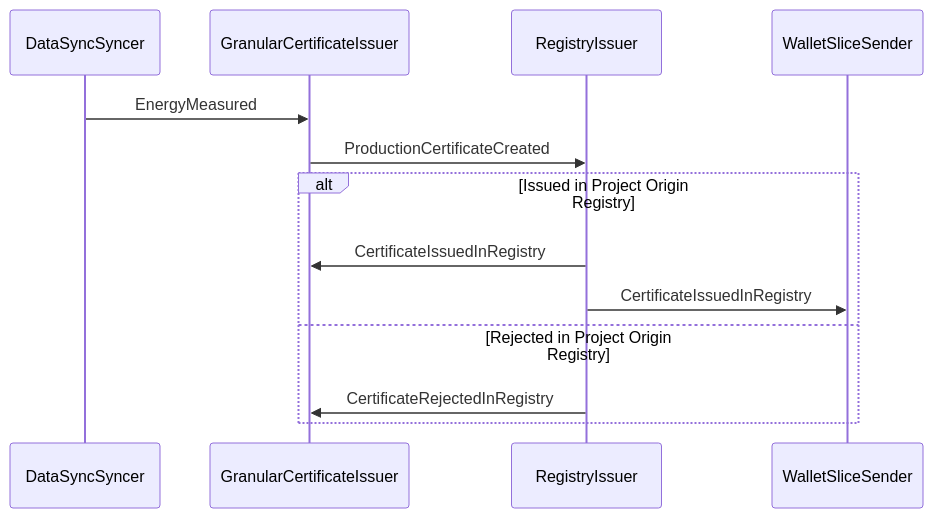
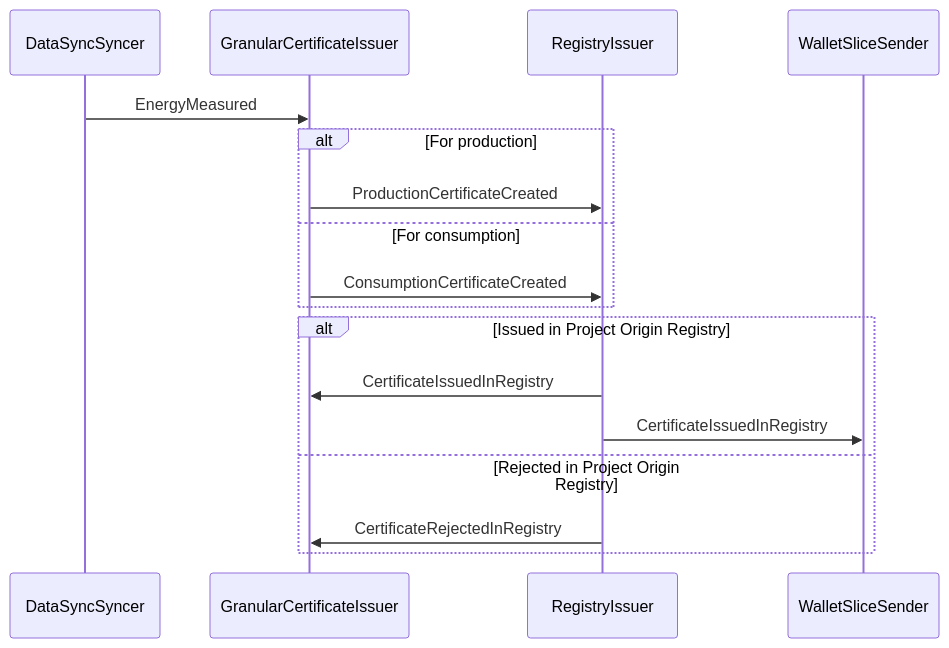
Before and after one commit to Energinet-DataHub/energy-origin: the diagram in doc/architecture/domains/certificates.md, drawn with Mermaid.

````diff
--- a/doc/architecture/domains/certificates.md
+++ b/doc/architecture/domains/certificates.md
@@ -21,16 +21,20 @@
 ```mermaid
 sequenceDiagram
     participant dss as DataSyncSyncer
     participant gci as GranularCertificateIssuer
     participant reg as RegistryIssuer
     participant wal as WalletSliceSender
 
     dss->>gci: EnergyMeasured
-    gci->>reg: ProductionCertificateCreated
+    alt For production
+        gci->>reg: ProductionCertificateCreated
+    else For consumption
+        gci->>reg: ConsumptionCertificateCreated
+    end
     alt Issued in Project Origin Registry
         reg->>gci: CertificateIssuedInRegistry
         reg->>wal: CertificateIssuedInRegistry
     else Rejected in Project Origin Registry
         reg->>gci: CertificateRejectedInRegistry
     end
 ```
````
